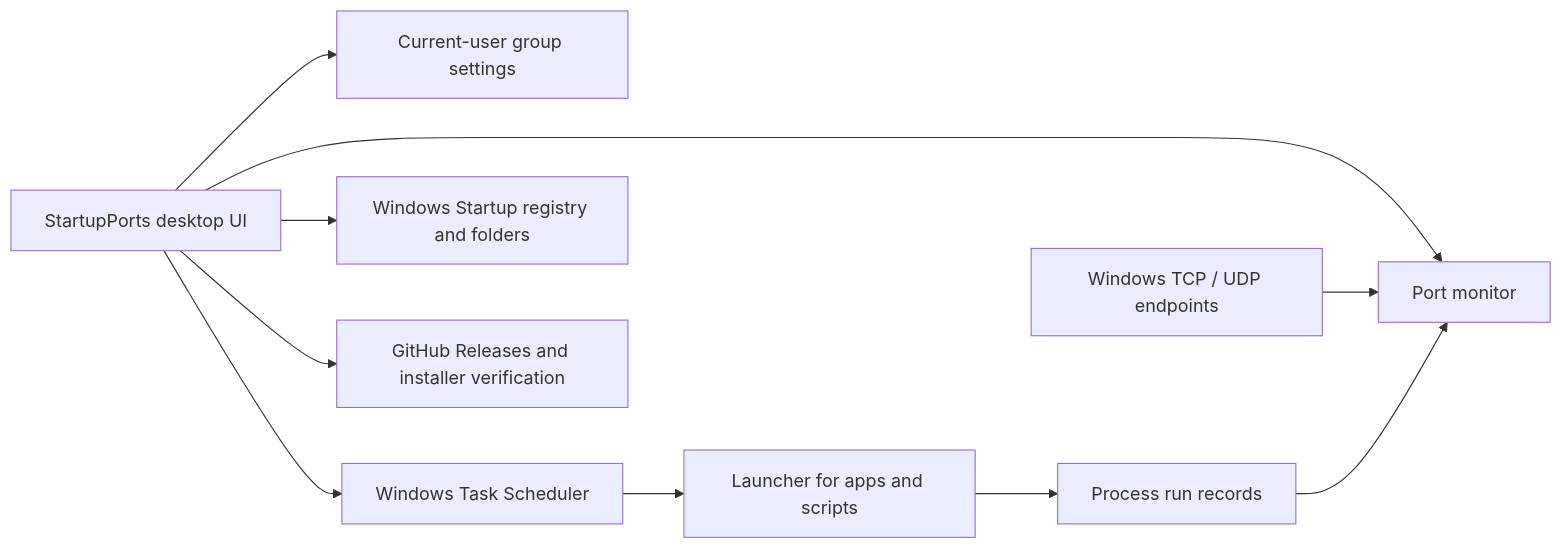
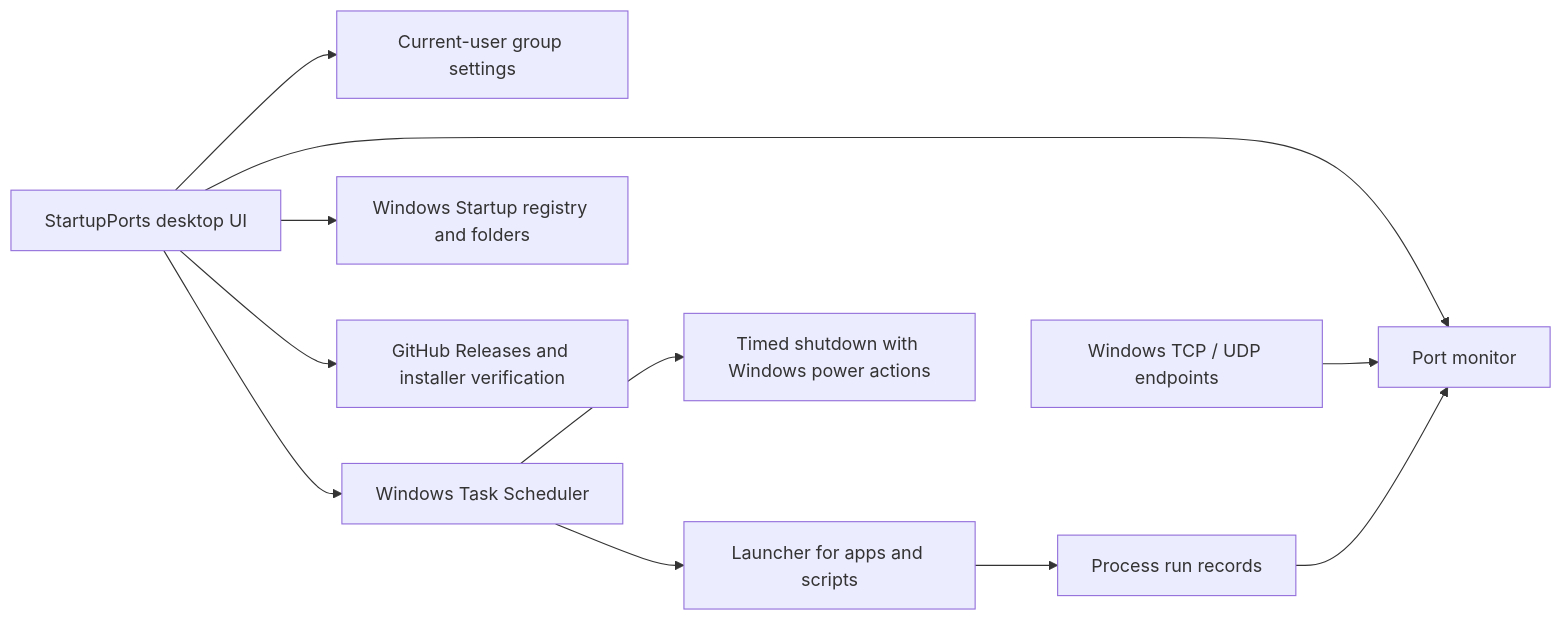
The diagram in README.en.md (Bigesila-B/startup-ports), drawn with Mermaid before and after one commit. The commit also changed other lines of this file and 17 other files, not shown here.

Commit message:
Add timed power actions to StartupPorts for Windows

````diff
--- a/README.en.md
+++ b/README.en.md
@@ -41,12 +47,13 @@
 ```mermaid
 flowchart LR
     UI["StartupPorts desktop UI"] --> Groups["Current-user group settings"]
     UI --> Tasks["Windows Task Scheduler"]
     Tasks --> Runner["Launcher for apps and scripts"]
+    Tasks --> Power["Timed shutdown with Windows power actions"]
     Runner --> State["Process run records"]
     UI --> Startup["Windows Startup registry and folders"]
     UI --> Ports["Port monitor"]
     Windows["Windows TCP / UDP endpoints"] --> Ports
     State --> Ports
     UI --> Updates["GitHub Releases and installer verification"]
 ```
````
